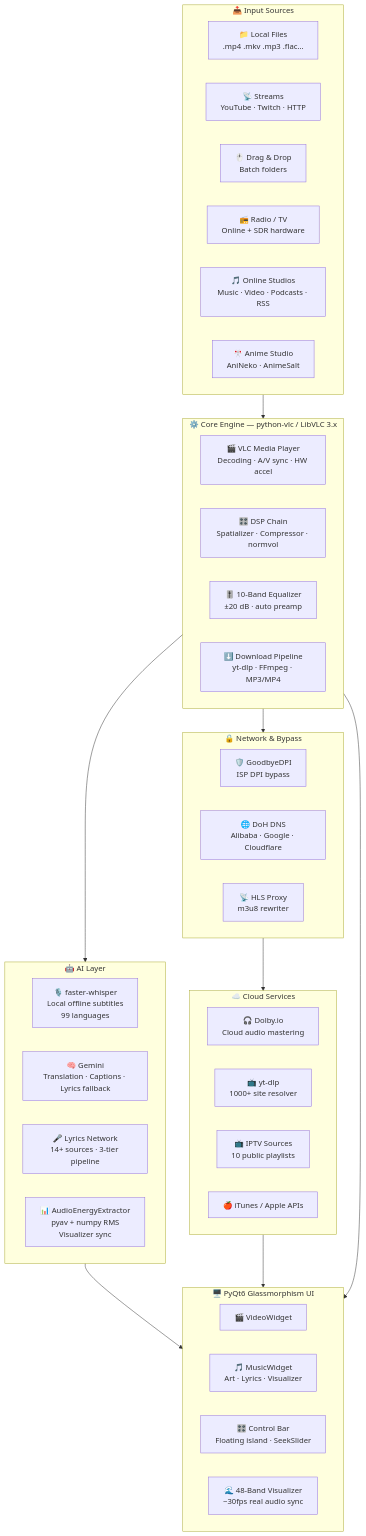
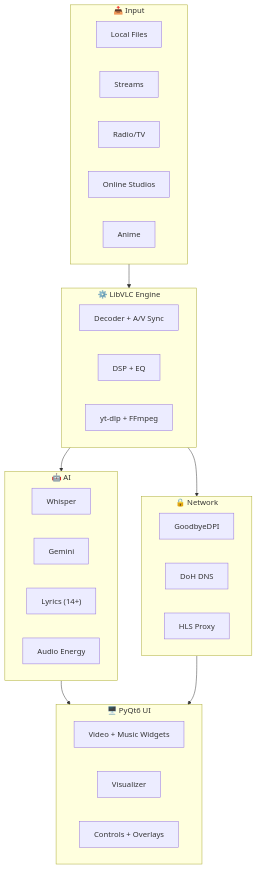
Before and after one commit to sandytalks/SANDYPLAY: the second of 2 diagrams in README.md, drawn with Mermaid. The commit also changed other lines of this file, not shown here.

Commit message:
Update fmt.Println message from 'Hello' to 'Goodbye'

````diff
--- a/README.md
+++ b/README.md
@@ -506,53 +509,21 @@
 ```mermaid
 graph TB
-    subgraph INPUT["📥 Input Sources"]
-        L["📁 Local Files\n.mp4 .mkv .mp3 .flac…"]
-        S["📡 Streams\nYouTube · Twitch · HTTP"]
-        D["🖱️ Drag & Drop\nBatch folders"]
-        R["📻 Radio / TV\nOnline + SDR hardware"]
-        O["🎵 Online Studios\nMusic · Video · Podcasts · RSS"]
-        AN["🎌 Anime Studio\nAniNeko · AnimeSalt"]
+    subgraph INPUT["📥 Input"]
+        L["Local Files"] & S["Streams"] & R["Radio/TV"] & O["Online Studios"] & AN["Anime"]
     end
-
-    subgraph CORE["⚙️ Core Engine — python-vlc / LibVLC 3.x"]
-        VLC["🎬 VLC Media Player\nDecoding · A/V sync · HW accel"]
-        DSP["🎛️ DSP Chain\nSpatializer · Compressor · normvol"]
-        EQ["🎚️ 10-Band Equalizer\n±20 dB · auto preamp"]
-        DL["⬇️ Download Pipeline\nyt-dlp · FFmpeg · MP3/MP4"]
+    subgraph CORE["⚙️ LibVLC Engine"]
+        VLC["Decoder + A/V Sync"] & DSP["DSP + EQ"] & DL["yt-dlp + FFmpeg"]
     end
-
-    subgraph AI["🤖 AI Layer"]
-        W["🎙️ faster-whisper\nLocal offline subtitles\n99 languages"]
-        G["🧠 Gemini\nTranslation · Captions · Lyrics fallback"]
-        LY["🎤 Lyrics Network\n14+ sources · 3-tier pipeline"]
-        AE["📊 AudioEnergyExtractor\npyav + numpy RMS\nVisualizer sync"]
+    subgraph AI["🤖 AI"]
+        W["Whisper"] & G["Gemini"] & LY["Lyrics (14+)"] & AE["Audio Energy"]
     end
-
-    subgraph NET["🔒 Network & Bypass"]
-        VPN["🛡️ GoodbyeDPI\nISP DPI bypass"]
-        DOH["🌐 DoH DNS\nAlibaba · Google · Cloudflare"]
-        PROXY["📡 HLS Proxy\nm3u8 rewriter"]
+    subgraph NET["🔒 Network"]
+        VPN["GoodbyeDPI"] & DOH["DoH DNS"] & PROXY["HLS Proxy"]
     end
-
-    subgraph CLOUD["☁️ Cloud Services"]
-        DOL["🎧 Dolby.io\nCloud audio mastering"]
-        YT["📺 yt-dlp\n1000+ site resolver"]
-        IPTV["📺 IPTV Sources\n10 public playlists"]
-        IT["🍎 iTunes / Apple APIs"]
+    subgraph UI["🖥️ PyQt6 UI"]
+        VW["Video + Music Widgets"] & VIS["Visualizer"] & CB["Controls + Overlays"]
     end
-
-    subgraph UI["🖥️ PyQt6 Glassmorphism UI"]
-        VW["🎬 VideoWidget"]
-        MW["🎵 MusicWidget\nArt · Lyrics · Visualizer"]
-        CB["🎛️ Control Bar\nFloating island · SeekSlider"]
-        VIS["🌊 48-Band Visualizer\n~30fps real audio sync"]
-    end
-
-    INPUT --> CORE
-    CORE --> AI
+    INPUT --> CORE --> AI --> UI
     CORE --> NET
-    NET --> CLOUD
-    AI --> UI
-    CLOUD --> UI
-    CORE --> UI
+    NET --> UI
 ```
````
